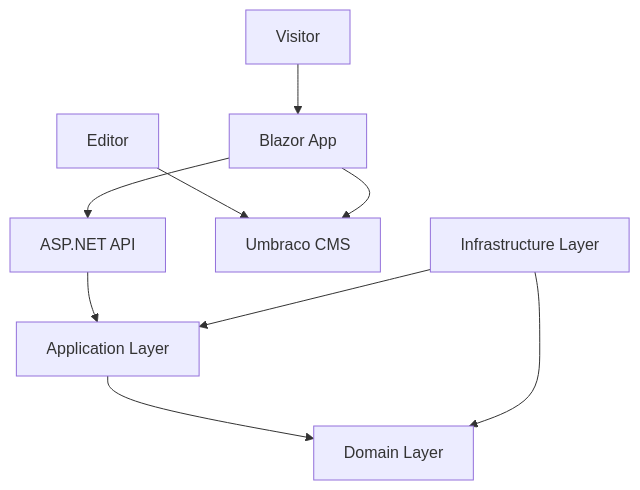
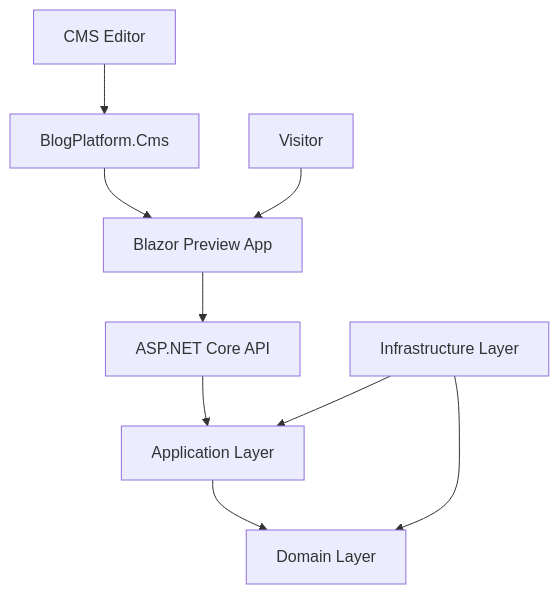
One commit to michalantolik/zone55-platform changed the first of 2 diagrams in README.md. Above: the diagram before and after it, drawn with Mermaid. The commit also changed other lines of this file, not shown here.

````diff
--- a/README.md
+++ b/README.md
@@ -80,24 +140,27 @@
 ```mermaid
 flowchart TB
+
+    Editor[CMS Editor]
     Visitor[Visitor]
-    Editor[Editor]
 
-    App[Blazor App]
-    Api[ASP.NET API]
-    Cms[Umbraco CMS]
+    Cms[BlogPlatform.Cms]
+    Preview[Blazor Preview App]
+    Api[ASP.NET Core API]
 
     Application[Application Layer]
     Domain[Domain Layer]
     Infrastructure[Infrastructure Layer]
 
-    Visitor --> App
     Editor --> Cms
+    Cms --> Preview
 
-    App --> Api
-    App --> Cms
+    Visitor --> Preview
+
+    Preview --> Api
 
     Api --> Application
     Application --> Domain
+
     Infrastructure --> Application
     Infrastructure --> Domain
 ```
````
